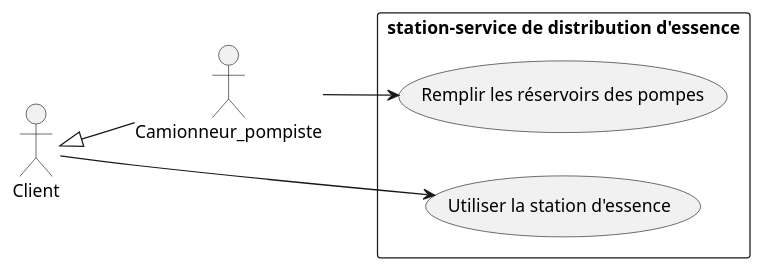
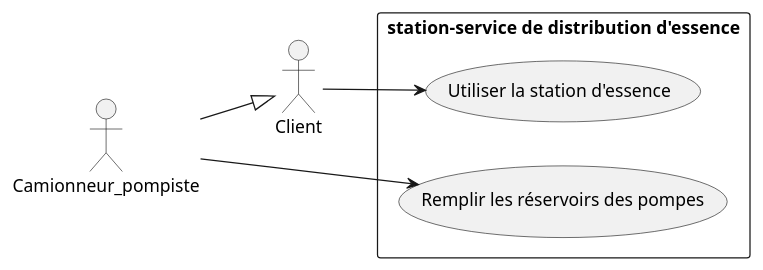
Before and after one commit to MonsieurClavett/1SY-AnalyseObjet: the diagram in UML/Exercices01/question01.3.wsd, drawn with PlantUML.

```diff
--- a/UML/Exercices01/question01.3.wsd
+++ b/UML/Exercices01/question01.3.wsd
@@ -1,17 +1,17 @@
 @startuml
 left to right direction
 
 actor Client
 actor Camionneur_pompiste
 
-Client <|-- Camionneur_pompiste
+Camionneur_pompiste --|> Client
 
 rectangle "station-service de distribution d'essence" {
     usecase "Utiliser la station d'essence" as UC1
     usecase "Remplir les réservoirs des pompes" as UC2
 }
 
 Client --> UC1
 Camionneur_pompiste --> UC2
 
 @enduml
```
